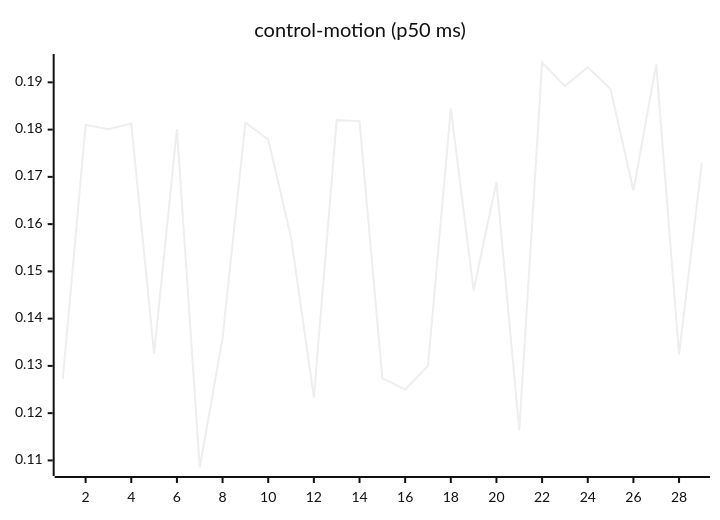
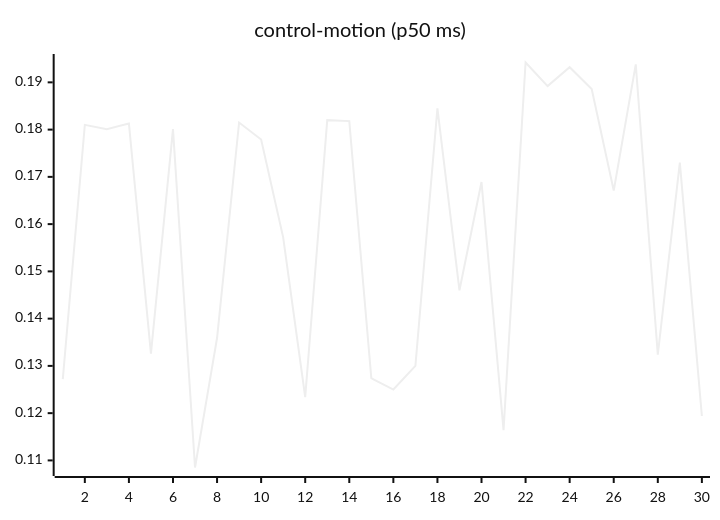
Before and after one commit to josha/Facet: the seventh of 27 diagrams in README.md, drawn with Mermaid (neutral theme). The commit also changed other lines of this file and 2 other files, not shown here.

````diff
--- a/README.md
+++ b/README.md
@@ -105,6 +105,6 @@
 ```mermaid
 xychart-beta
     title "control-motion (p50 ms)"
-    x-axis 1 --> 29
-    line [0.1272, 0.1810, 0.1801, 0.1813, 0.1326, 0.1801, 0.1085, 0.1359, 0.1815, 0.1779, 0.1572, 0.1234, 0.1820, 0.1818, 0.1274, 0.1250, 0.1300, 0.1845, 0.1460, 0.1689, 0.1164, 0.1942, 0.1892, 0.1932, 0.1886, 0.1671, 0.1938, 0.1324, 0.1730]
+    x-axis 1 --> 30
+    line [0.1272, 0.1810, 0.1801, 0.1813, 0.1326, 0.1801, 0.1085, 0.1359, 0.1815, 0.1779, 0.1572, 0.1234, 0.1820, 0.1818, 0.1274, 0.1250, 0.1300, 0.1845, 0.1460, 0.1689, 0.1164, 0.1942, 0.1892, 0.1932, 0.1886, 0.1671, 0.1938, 0.1324, 0.1730, 0.1194]
 ```
````
